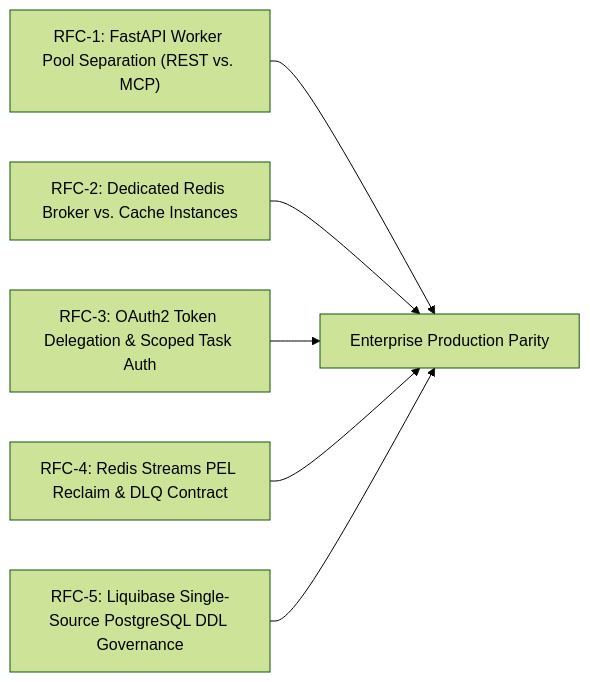
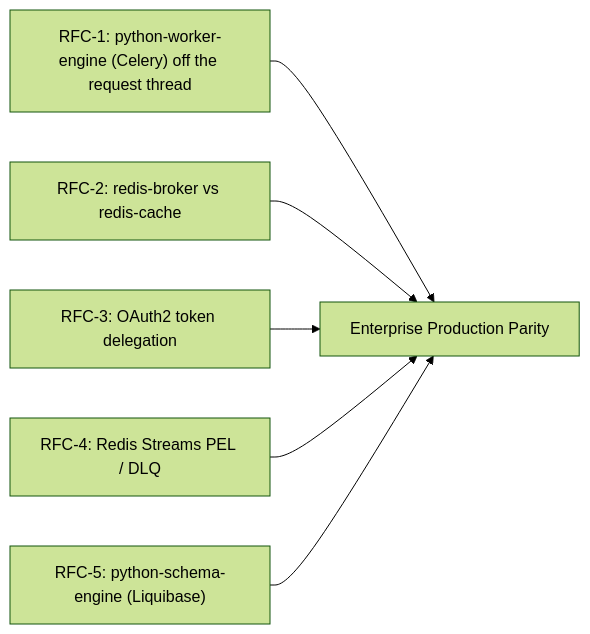
Diagram 11 of 13 in docs/dreams/pyforge-unifying-strategy.md (rxm7706/local-recipes), drawn with Mermaid (forest theme) before and after one commit. The commit also changed other lines of this file and 18 other files, not shown here.

````diff
--- a/docs/dreams/pyforge-unifying-strategy.md
+++ b/docs/dreams/pyforge-unifying-strategy.md
@@ -1609,8 +1644,8 @@
 ```mermaid
 graph LR
-    RFC1["RFC-1: FastAPI Worker Pool Separation (REST vs. MCP)"] --> Core["Enterprise Production Parity"]
-    RFC2["RFC-2: Dedicated Redis Broker vs. Cache Instances"] --> Core
-    RFC3["RFC-3: OAuth2 Token Delegation & Scoped Task Auth"] --> Core
-    RFC4["RFC-4: Redis Streams PEL Reclaim & DLQ Contract"] --> Core
-    RFC5["RFC-5: Liquibase Single-Source PostgreSQL DDL Governance"] --> Core
+    RFC1["RFC-1: python-worker-engine (Celery) off the request thread"] --> Core["Enterprise Production Parity"]
+    RFC2["RFC-2: redis-broker vs redis-cache"] --> Core
+    RFC3["RFC-3: OAuth2 token delegation"] --> Core
+    RFC4["RFC-4: Redis Streams PEL / DLQ"] --> Core
+    RFC5["RFC-5: python-schema-engine (Liquibase)"] --> Core
 ```
````
